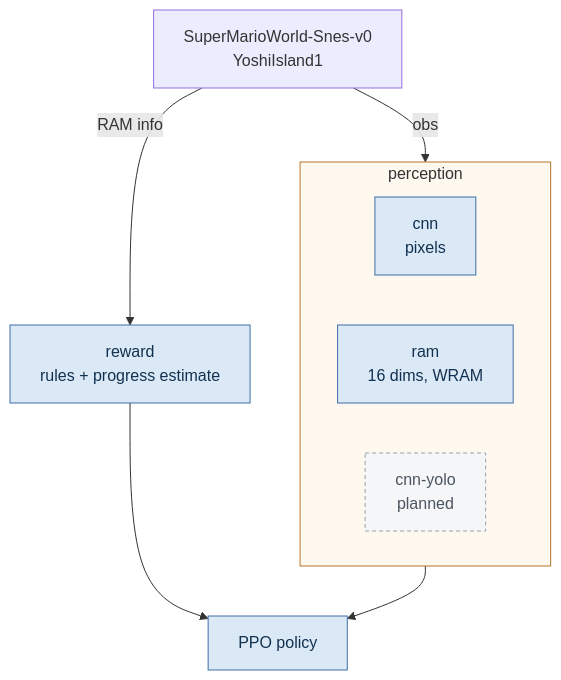
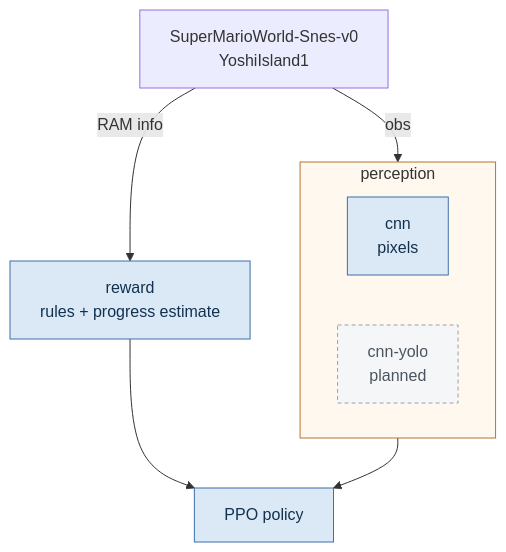
Before and after one commit to jasonkwh/DeepMario-SMW: the first of 2 diagrams in README.md, drawn with Mermaid. The commit also changed other lines of this file and 9 other files, not shown here.

````diff
--- a/README.md
+++ b/README.md
@@ -88,21 +87,20 @@
 ```mermaid
 flowchart TD
   ENV["SuperMarioWorld-Snes-v0<br/>YoshiIsland1"]
   subgraph P["perception"]
     direction LR
     CNN["cnn<br/>pixels"]
-    RAM["ram<br/>16 dims, WRAM"]
     YOLO["cnn-yolo<br/>planned"]
   end
   REW["reward<br/>rules + progress estimate"]
   PPO["PPO policy"]
   ENV -->|obs| P
   P --> PPO
   ENV -->|RAM info| REW
   REW --> PPO
   classDef live fill:#dbe9f7,stroke:#3f6fa8,color:#12314f
   classDef todo fill:#f5f6f7,stroke:#98a2ad,stroke-dasharray: 4 3,color:#4a5560
-  class CNN,RAM,REW,PPO live
+  class CNN,REW,PPO live
   class YOLO todo
   style P fill:#fff8ef,stroke:#b5762a
 ```
````
